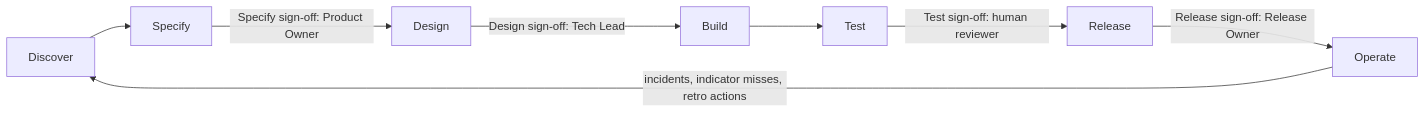
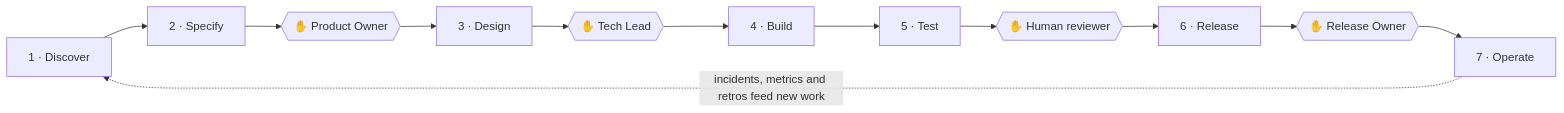
The diagram in README.md (ericgandrade/agentic-sdlc), drawn with Mermaid before and after one commit. The commit also changed other lines of this file and 2 other files, not shown here.

````diff
--- a/README.md
+++ b/README.md
@@ -115,5 +31,14 @@
 ```mermaid
 flowchart LR
-  D[Discover] --> S[Specify] -->|Specify sign-off: Product Owner| G[Design] -->|Design sign-off: Tech Lead| B[Build] --> T[Test] -->|Test sign-off: human reviewer| R[Release] -->|Release sign-off: Release Owner| O[Operate]
-  O -->|incidents, indicator misses, retro actions| D
+    D["1 · Discover"] --> S["2 · Specify"]
+    S --> G1{{"✋ Product Owner"}}
+    G1 --> DS["3 · Design"]
+    DS --> G2{{"✋ Tech Lead"}}
+    G2 --> B["4 · Build"]
+    B --> T["5 · Test"]
+    T --> G3{{"✋ Human reviewer"}}
+    G3 --> R["6 · Release"]
+    R --> G4{{"✋ Release Owner"}}
+    G4 --> O["7 · Operate"]
+    O -. "incidents, metrics and retros feed new work" .-> D
 ```
````
